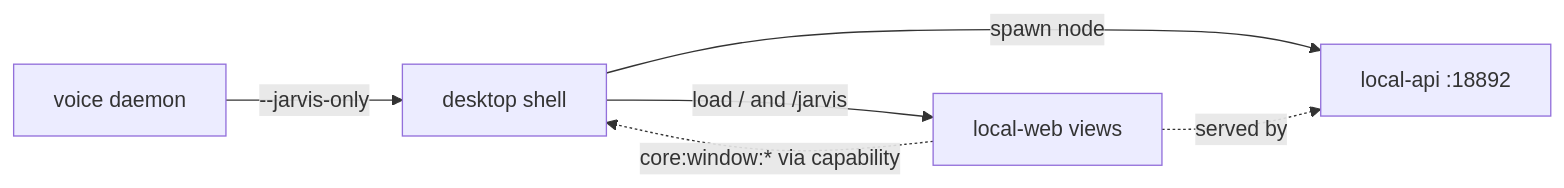
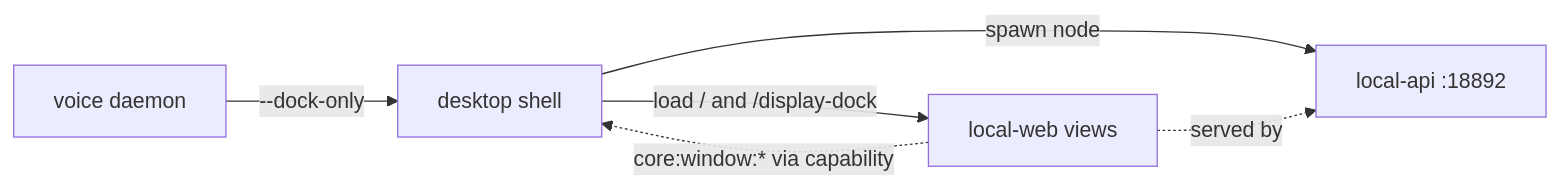
One commit to chadnicely/Vynel-Demo changed the second of 2 diagrams in .claude/docs/_apps/desktop/structure.md. Above: the diagram before and after it, drawn with Mermaid. The commit also changed other lines of this file and 80 other files, not shown here.

First line of the commit message:
refactor: the wake window is the display dock — jarvis identifiers renamed

````diff
--- a/.claude/docs/_apps/desktop/structure.md
+++ b/.claude/docs/_apps/desktop/structure.md
@@ -107,8 +107,8 @@
 ```mermaid
 flowchart LR
-    voice[voice daemon] -- "--jarvis-only" --> D[desktop shell]
+    voice[voice daemon] -- "--dock-only" --> D[desktop shell]
     D -- "spawn node" --> api[local-api :18892]
-    D -- "load / and /jarvis" --> web[local-web views]
+    D -- "load / and /display-dock" --> web[local-web views]
     web -. "served by" .-> api
     web -. "core:window:* via capability" .-> D
 ```
````
